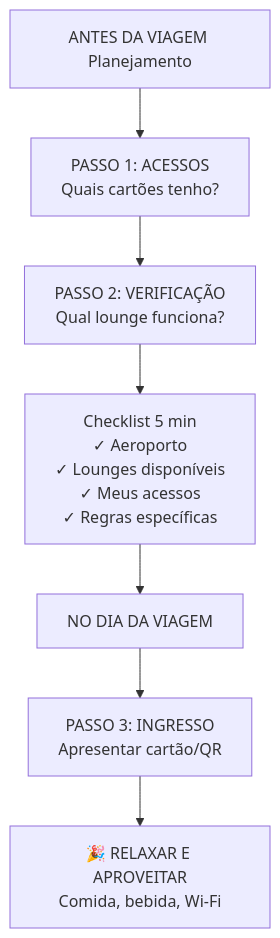
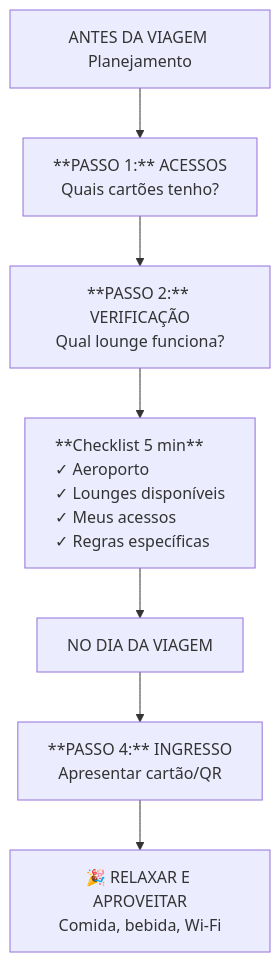
One commit to kml-einerd/KML changed the second of 2 diagrams in md_to_pdf_converter/ebook_completo.md. Above: the diagram before and after it, drawn with Mermaid. The commit also changed other lines of this file and 12 other files, not shown here.

````diff
--- a/md_to_pdf_converter/ebook_completo.md
+++ b/md_to_pdf_converter/ebook_completo.md
@@ -267,16 +255,16 @@
 ```mermaid
 graph TD
     A[ANTES DA VIAGEM Planejamento]
     
-    A --> B[PASSO 1: ACESSOS<br/>Quais cartões tenho?]
+    A --> B[**PASSO 1:** ACESSOS<br/>Quais cartões tenho?]
     
-    B --> C[PASSO 2: VERIFICAÇÃO<br/>Qual lounge funciona?]
+    B --> C[**PASSO 2:** VERIFICAÇÃO<br/>Qual lounge funciona?]
     
-    C --> D[Checklist 5 min<br/>✓ Aeroporto<br/>✓ Lounges disponíveis<br/>✓ Meus acessos<br/>✓ Regras específicas]
+    C --> D["<div style='text-align: left'>"**Checklist 5 min**<br/>✓ Aeroporto<br/>✓ Lounges disponíveis<br/>✓ Meus acessos<br/>✓ Regras específicas]
     
     D --> E[NO DIA DA VIAGEM]
     
-    E --> F[PASSO 3: INGRESSO<br/>Apresentar cartão/QR]
+    E --> F[**PASSO 4:** INGRESSO<br/>Apresentar cartão/QR]
     
     F --> G[🎉 RELAXAR E APROVEITAR<br/>Comida, bebida, Wi-Fi]
 ```
````
